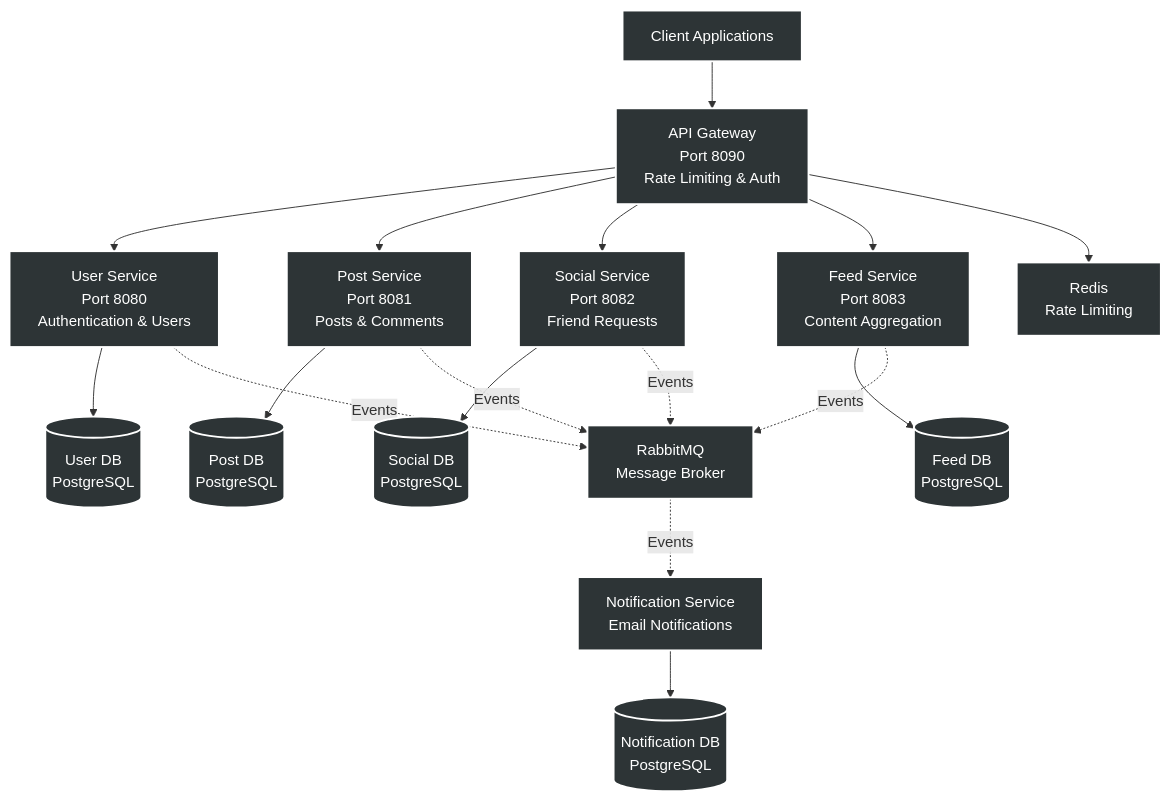
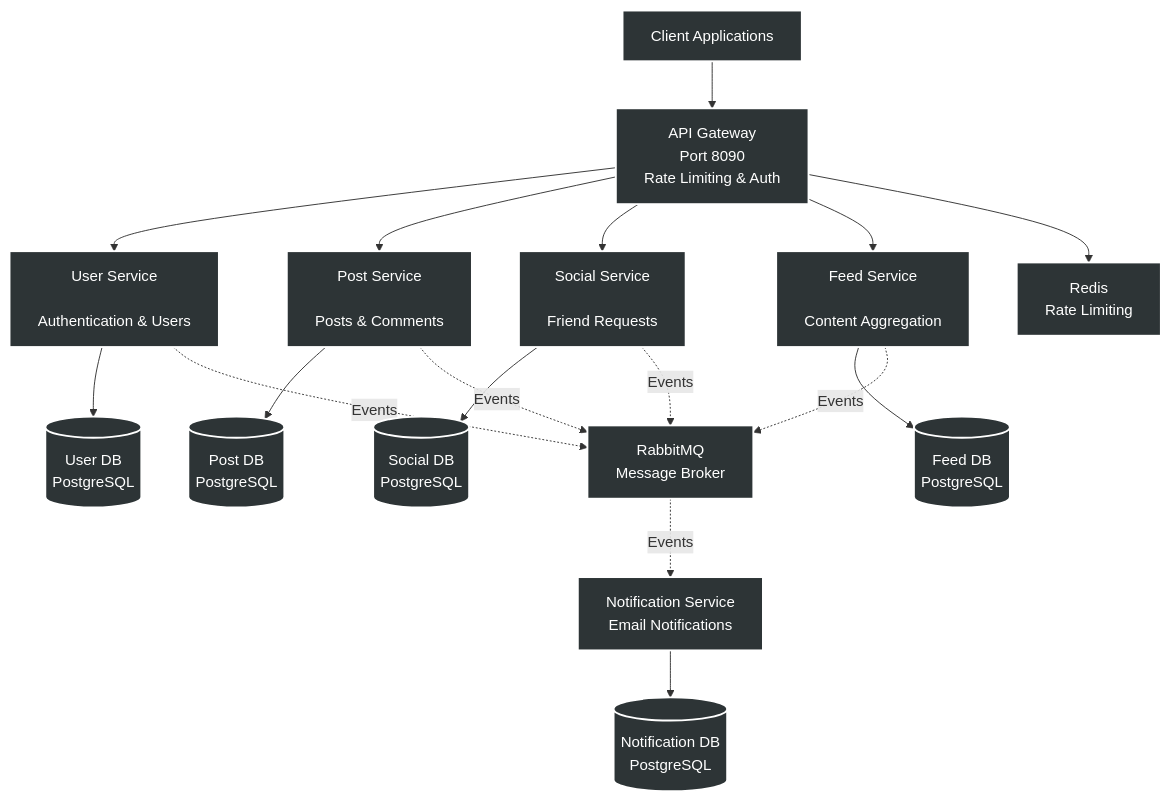
The first of 3 diagrams in README.md (Juangmz7/Gaze-app), drawn with Mermaid before and after one commit.

Commit message:
Fix formatting in service descriptions in README

````diff
--- a/README.md
+++ b/README.md
@@ -9,28 +9,28 @@
 ```mermaid
 graph TB
     %% Global style: Dark background, White text, White border
     classDef default fill:#2d3436,stroke:#ffffff,stroke-width:2px,color:#ffffff
 
     Client["Client Applications"]
     
     Client --> Gateway["API Gateway<br/>Port 8090<br/>Rate Limiting & Auth"]
     
-    Gateway --> UserSvc["User Service<br/>Port 8080<br/>Authentication & Users"]
-    Gateway --> PostSvc["Post Service<br/>Port 8081<br/>Posts & Comments"]
-    Gateway --> SocialSvc["Social Service<br/>Port 8082<br/>Friend Requests"]
-    Gateway --> FeedSvc["Feed Service<br/>Port 8083<br/>Content Aggregation"]
+    Gateway --> UserSvc["User Service<br/><br/>Authentication & Users"]
+    Gateway --> PostSvc["Post Service<br/><br/>Posts & Comments"]
+    Gateway --> SocialSvc["Social Service<br/><br/>Friend Requests"]
+    Gateway --> FeedSvc["Feed Service<br/><br/>Content Aggregation"]
     
     UserSvc --> UserDB[("User DB<br/>PostgreSQL")]
     PostSvc --> PostDB[("Post DB<br/>PostgreSQL")]
     SocialSvc --> SocialDB[("Social DB<br/>PostgreSQL")]
     FeedSvc --> FeedDB[("Feed DB<br/>PostgreSQL")]
     NotifSvc["Notification Service<br/>Email Notifications"] --> NotifDB[("Notification DB<br/>PostgreSQL")]
     
     UserSvc -.->|Events| RabbitMQ["RabbitMQ<br/>Message Broker"]
     PostSvc -.->|Events| RabbitMQ
     SocialSvc -.->|Events| RabbitMQ
     FeedSvc -.->|Events| RabbitMQ
     RabbitMQ -.->|Events| NotifSvc
     
     Gateway --> Redis["Redis<br/>Rate Limiting"]
 ```
````
